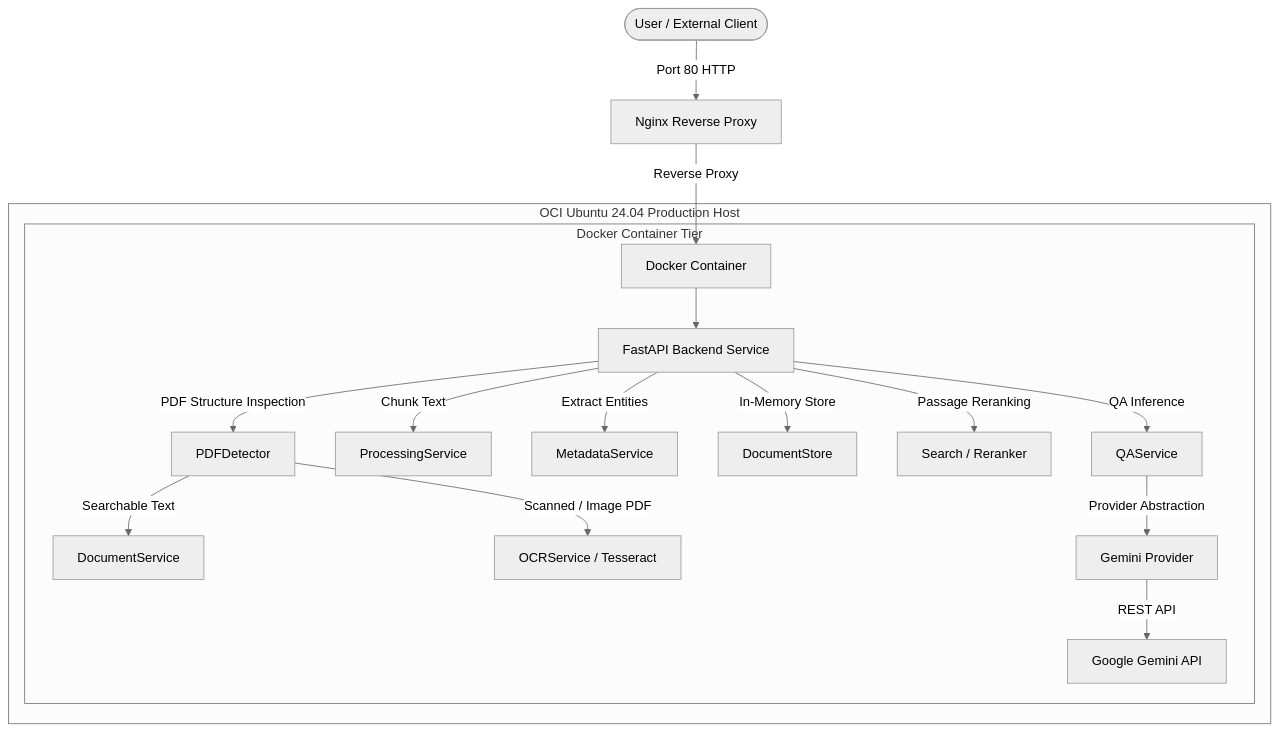
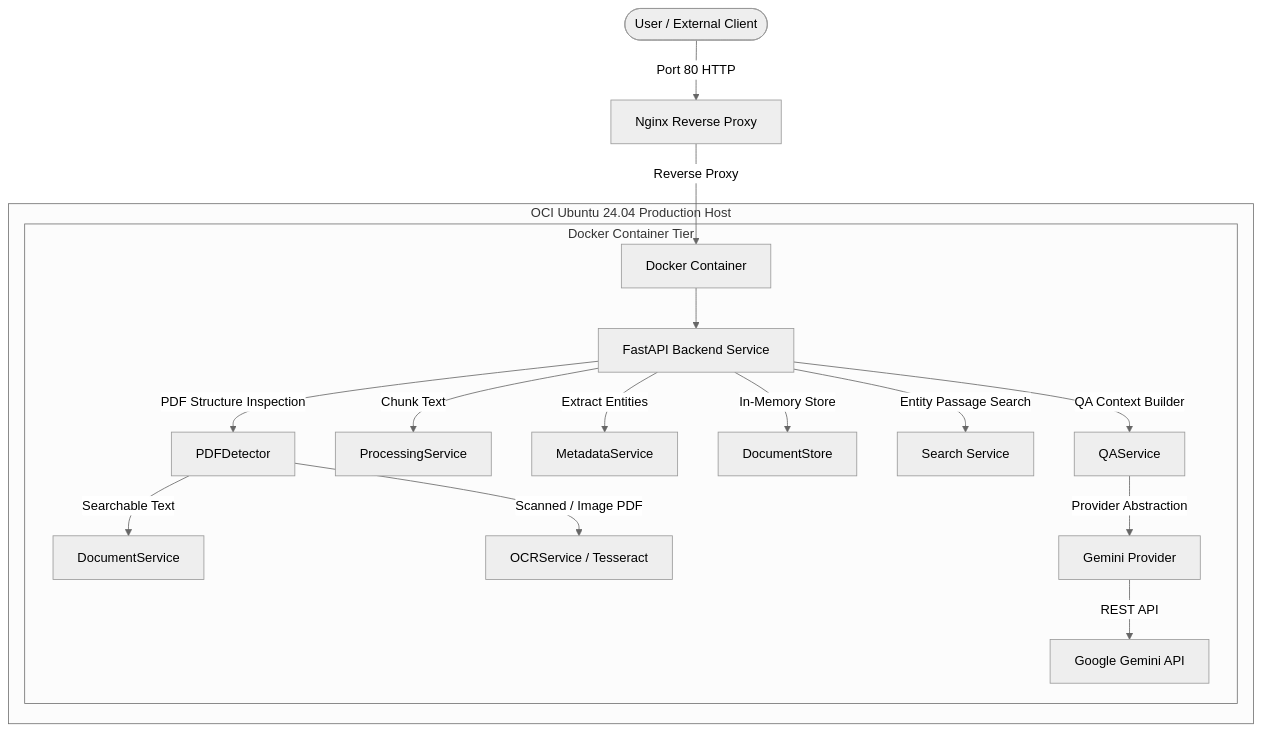
One commit to ParminderSinghGithub/SpectralReader changed the diagram in README.md. Above: the diagram before and after it, drawn with Mermaid (neutral theme). The commit also changed other lines of this file and 2 other files, not shown here.

Commit message:
docs: correct search architecture and deployment links for showcase

````diff
--- a/README.md
+++ b/README.md
@@ -63,22 +63,22 @@
 ```mermaid
 graph TD
     Client([User / External Client]) -->|Port 80 HTTP| Nginx[Nginx Reverse Proxy]
     Nginx -->|Reverse Proxy| Docker[Docker Container]
 
     subgraph OCI Ubuntu 24.04 Production Host
         subgraph Docker Container Tier
             Docker --> API[FastAPI Backend Service]
             API -->|PDF Structure Inspection| Detector[PDFDetector]
             Detector -->|Searchable Text| DocService[DocumentService]
             Detector -->|Scanned / Image PDF| OCRService[OCRService / Tesseract]
             API -->|Chunk Text| ProcService[ProcessingService]
             API -->|Extract Entities| MetaService[MetadataService]
             API -->|In-Memory Store| Storage[DocumentStore]
-            API -->|Passage Reranking| SearchService[Search / Reranker]
-            API -->|QA Inference| QAService[QAService]
+            API -->|Entity Passage Search| SearchService[Search Service]
+            API -->|QA Context Builder| QAService[QAService]
             
             QAService -->|Provider Abstraction| GeminiProvider[Gemini Provider]
             GeminiProvider -->|REST API| GeminiAPI[Google Gemini API]
         end
     end
 ```
````
